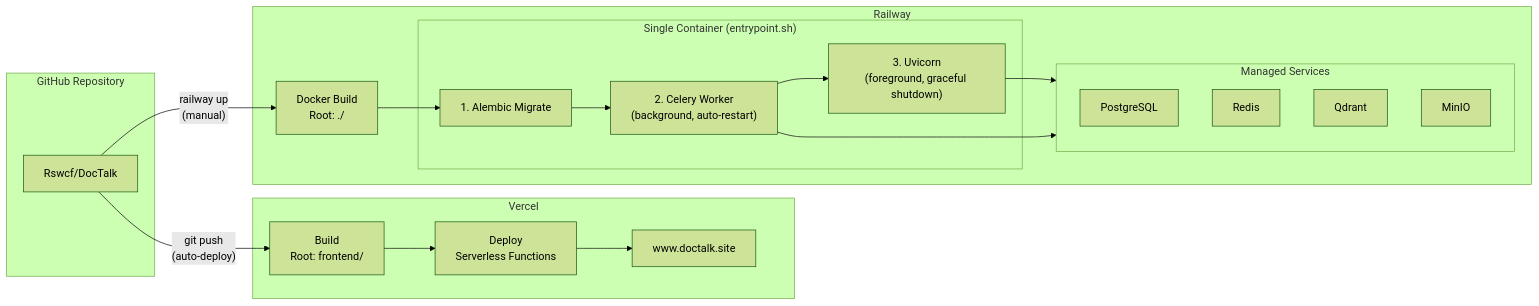
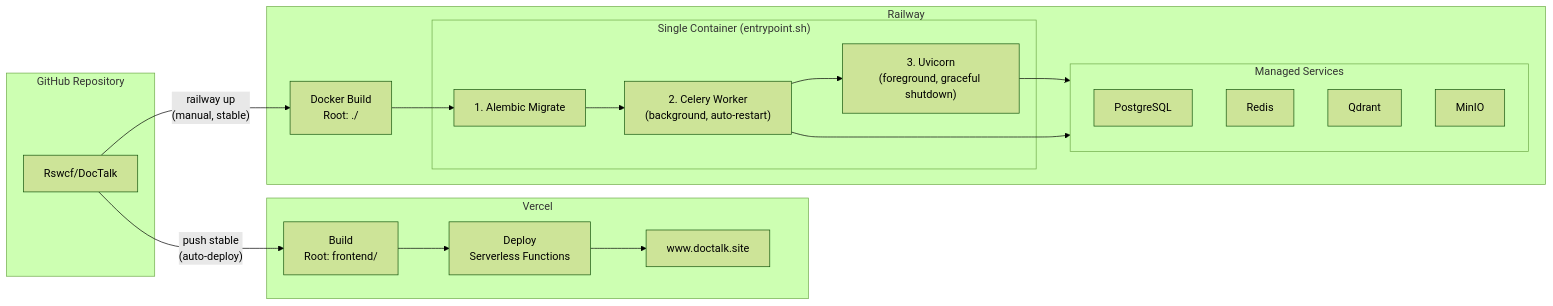
One commit to Rswcf/DocTalk changed the ninth of 9 diagrams in docs/ARCHITECTURE.md. Above: the diagram before and after it, drawn with Mermaid (forest theme). The commit also changed other lines of this file and 5 other files, not shown here.

````diff
--- a/docs/ARCHITECTURE.md
+++ b/docs/ARCHITECTURE.md
@@ -692,34 +692,34 @@
 ```mermaid
 graph LR
     subgraph GitHub["GitHub Repository"]
         Repo["Rswcf/DocTalk"]
     end
 
     subgraph VercelDeploy["Vercel"]
         VBuild["Build<br/>Root: frontend/"]
         VDeploy["Deploy<br/>Serverless Functions"]
         VDomain["www.doctalk.site"]
     end
 
     subgraph RailwayDeploy["Railway"]
         RBuild["Docker Build<br/>Root: ./"]
         subgraph Container["Single Container (entrypoint.sh)"]
             Alembic["1. Alembic Migrate"]
             CeleryW["2. Celery Worker<br/>(background, auto-restart)"]
             Uvicorn["3. Uvicorn<br/>(foreground, graceful shutdown)"]
         end
         subgraph RServices["Managed Services"]
             RPG["PostgreSQL"]
             RRedis["Redis"]
             RQdrant["Qdrant"]
             RMinIO["MinIO"]
         end
     end
 
-    Repo -->|"git push<br/>(auto-deploy)"| VBuild
+    Repo -->|"push stable<br/>(auto-deploy)"| VBuild
     VBuild --> VDeploy --> VDomain
-    Repo -->|"railway up<br/>(manual)"| RBuild
+    Repo -->|"railway up<br/>(manual, stable)"| RBuild
     RBuild --> Alembic --> CeleryW --> Uvicorn
     Uvicorn --> RServices
     CeleryW --> RServices
 ```
````
